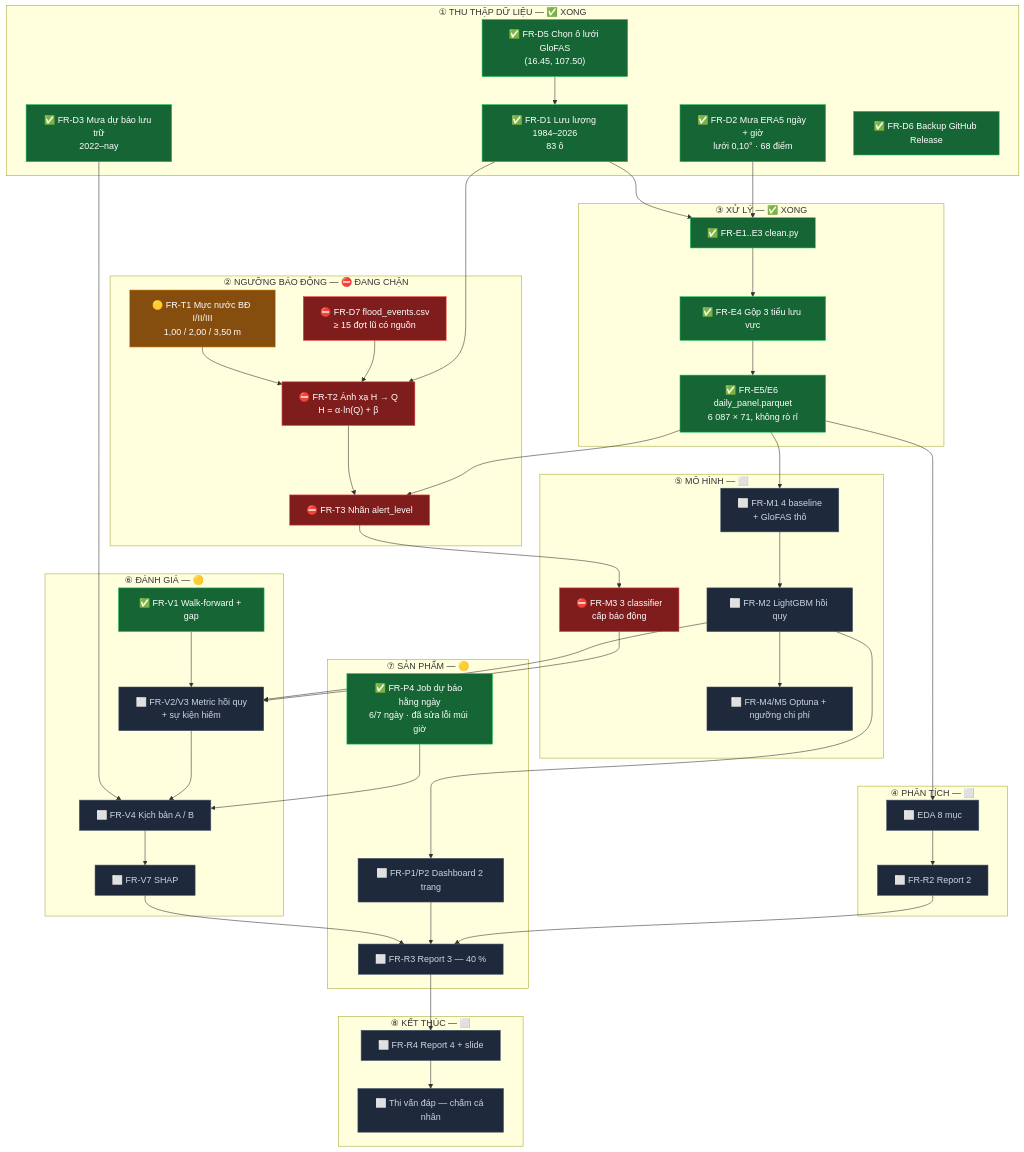
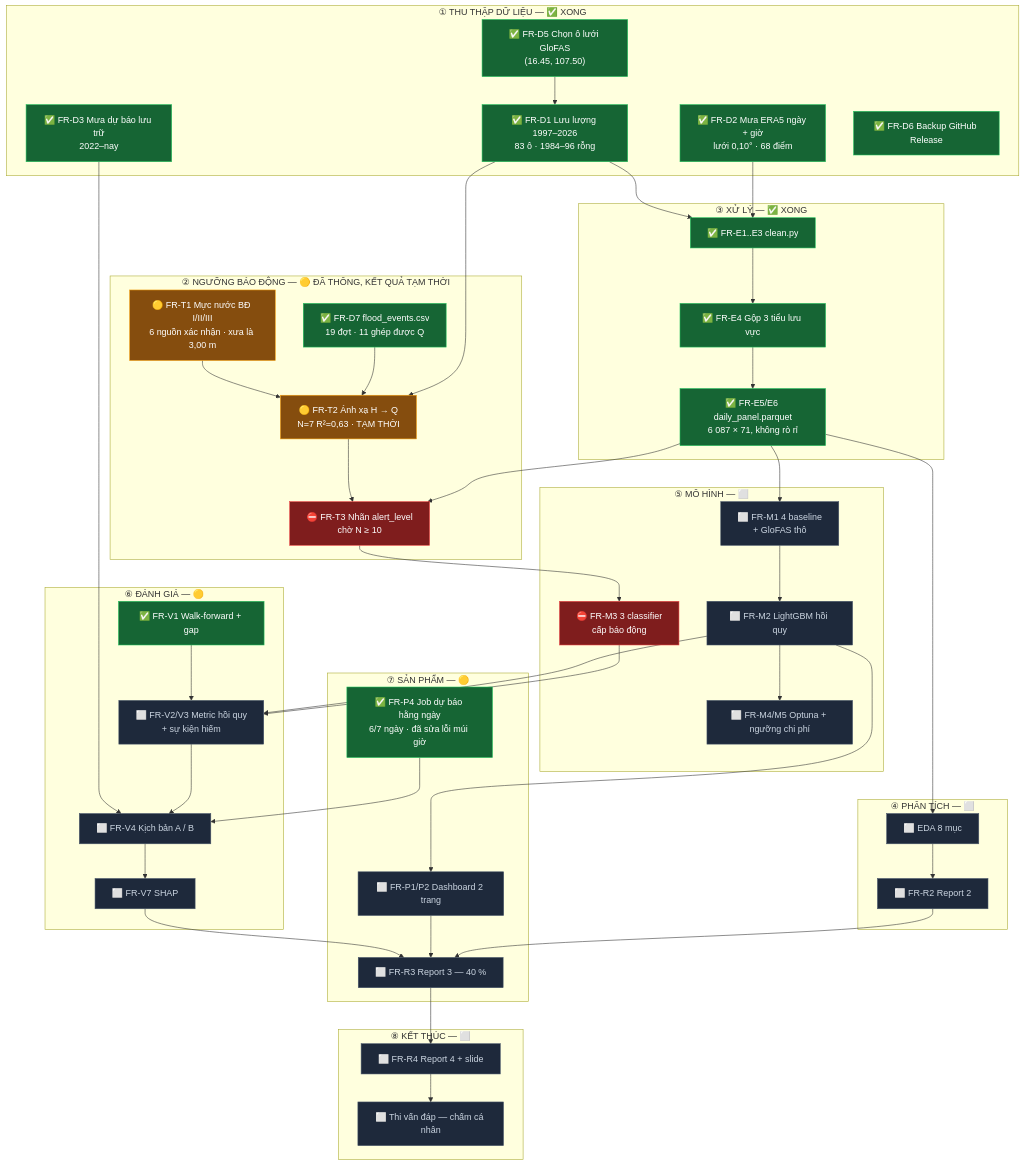
Before and after one commit to GiapDN-13/DSP391m-flood-forecast: the diagram in docs/FLOW.md, drawn with Mermaid. The commit also changed other lines of this file and 21 other files, not shown here.

````diff
--- a/docs/FLOW.md
+++ b/docs/FLOW.md
@@ -10,17 +10,17 @@
 flowchart TD
     subgraph A["① THU THẬP DỮ LIỆU — ✅ XONG"]
         A1["✅ FR-D5 Chọn ô lưới GloFAS<br/>(16.45, 107.50)"]
-        A2["✅ FR-D1 Lưu lượng 1984–2026<br/>83 ô"]
+        A2["✅ FR-D1 Lưu lượng 1997–2026<br/>83 ô · 1984–96 rỗng"]
         A3["✅ FR-D2 Mưa ERA5 ngày + giờ<br/>lưới 0,10° · 68 điểm"]
         A4["✅ FR-D3 Mưa dự báo lưu trữ<br/>2022–nay"]
         A5["✅ FR-D6 Backup GitHub Release"]
     end
 
-    subgraph B["② NGƯỠNG BÁO ĐỘNG — ⛔ ĐANG CHẶN"]
-        B1["🟡 FR-T1 Mực nước BĐ I/II/III<br/>1,00 / 2,00 / 3,50 m"]
-        B2["⛔ FR-D7 flood_events.csv<br/>≥ 15 đợt lũ có nguồn"]
-        B3["⛔ FR-T2 Ánh xạ H → Q<br/>H = α·ln(Q) + β"]
-        B4["⛔ FR-T3 Nhãn alert_level"]
+    subgraph B["② NGƯỠNG BÁO ĐỘNG — 🟡 ĐÃ THÔNG, KẾT QUẢ TẠM THỜI"]
+        B1["🟡 FR-T1 Mực nước BĐ I/II/III<br/>6 nguồn xác nhận · xưa là 3,00 m"]
+        B2["✅ FR-D7 flood_events.csv<br/>19 đợt · 11 ghép được Q"]
+        B3["🟡 FR-T2 Ánh xạ H → Q<br/>N=7 R²=0,63 · TẠM THỜI"]
+        B4["⛔ FR-T3 Nhãn alert_level<br/>chờ N ≥ 10"]
     end
 
     subgraph C["③ XỬ LÝ — ✅ XONG"]
@@ -84,7 +84,8 @@
     classDef blocked fill:#7f1d1d,stroke:#ef4444,color:#fff
     classDef todo fill:#1e293b,stroke:#475569,color:#cbd5e1
     class A1,A2,A3,A4,A5,C1,C2,C3,F1,G1 done
-    class B1 wip
-    class B2,B3,B4,E3 blocked
+    class B2 done
+    class B1,B3 wip
+    class B4,E3 blocked
     class D1,D2,E1,E2,E4,F2,F3,F4,G2,G3,H1,H2 todo
 ```
````
